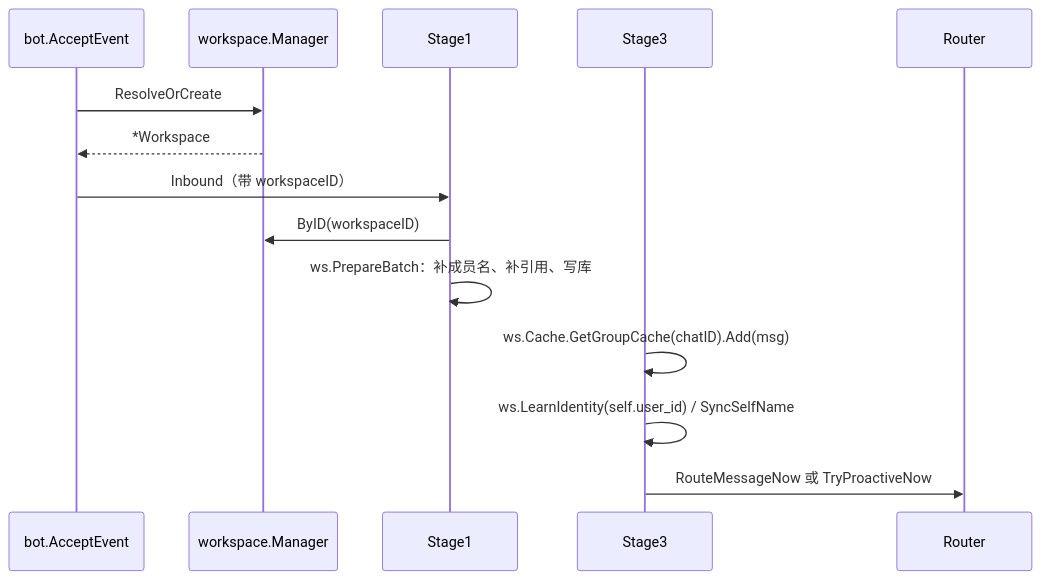
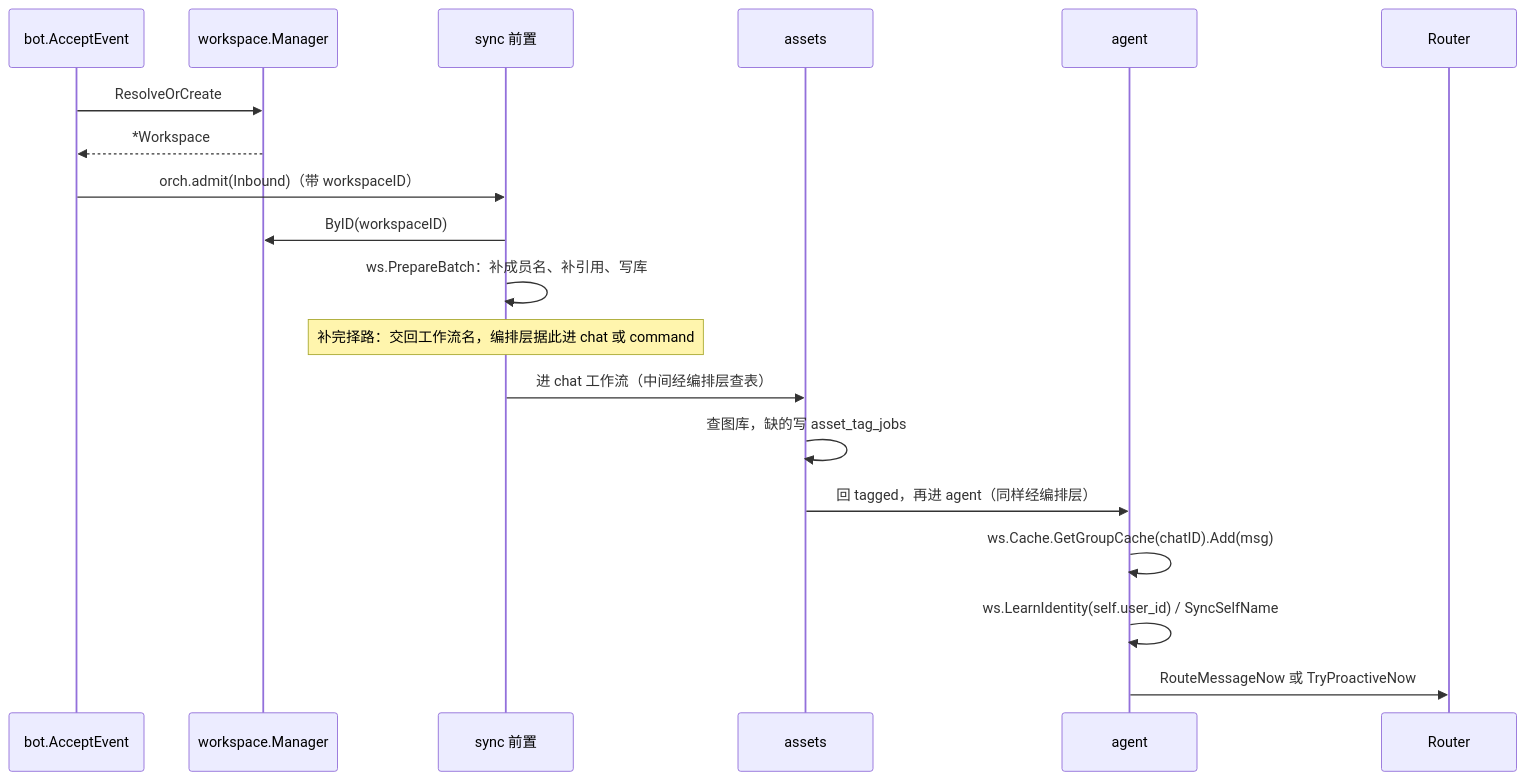
The second of 2 diagrams in docs/domains/workspace.md (CanWeakerWriteStrongCode/good-review-master), drawn with Mermaid before and after one commit. The commit also changed other lines of this file and 26 other files, not shown here.

````diff
--- a/docs/domains/workspace.md
+++ b/docs/domains/workspace.md
@@ -61,17 +61,22 @@
 ```mermaid
 sequenceDiagram
   participant IM as bot.AcceptEvent
   participant M as workspace.Manager
-  participant S1 as Stage1
-  participant S3 as Stage3
+  participant S as sync 前置
+  participant A as assets
+  participant G as agent
   participant R as Router
 
   IM->>M: ResolveOrCreate
   M-->>IM: *Workspace
-  IM->>S1: Inbound（带 workspaceID）
-  S1->>M: ByID(workspaceID)
-  S1->>S1: ws.PrepareBatch：补成员名、补引用、写库
-  S3->>S3: ws.Cache.GetGroupCache(chatID).Add(msg)
-  S3->>S3: ws.LearnIdentity(self.user_id) / SyncSelfName
-  S3->>R: RouteMessageNow 或 TryProactiveNow
+  IM->>S: orch.admit(Inbound)（带 workspaceID）
+  S->>M: ByID(workspaceID)
+  S->>S: ws.PrepareBatch：补成员名、补引用、写库
+  Note over S: 补完择路：交回工作流名，编排层据此进 chat 或 command
+  S->>A: 进 chat 工作流（中间经编排层查表）
+  A->>A: 查图库，缺的写 asset_tag_jobs
+  A->>G: 回 tagged，再进 agent（同样经编排层）
+  G->>G: ws.Cache.GetGroupCache(chatID).Add(msg)
+  G->>G: ws.LearnIdentity(self.user_id) / SyncSelfName
+  G->>R: RouteMessageNow 或 TryProactiveNow
 ```
````
